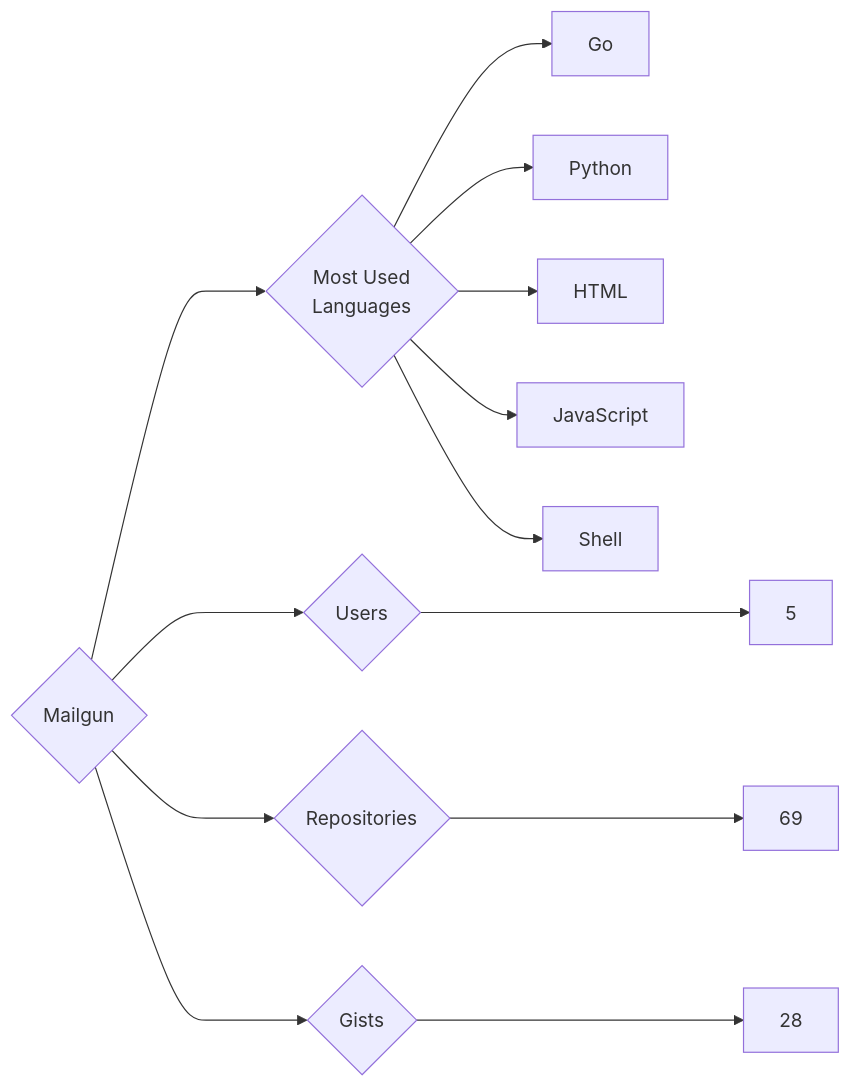
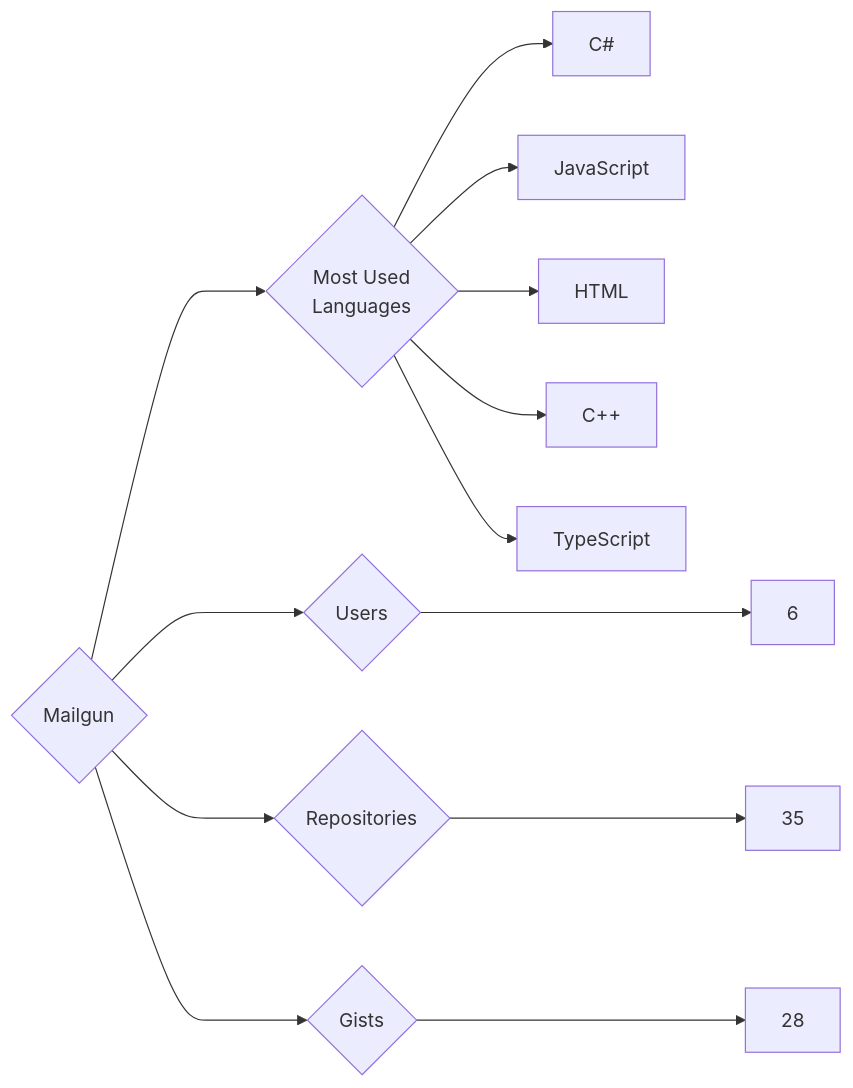
Before and after one commit to trickest/insiders: the diagram in targets/Mailgun/README.md, drawn with Mermaid. The commit also changed 916 other files, not shown here.

````diff
--- a/targets/Mailgun/README.md
+++ b/targets/Mailgun/README.md
@@ -3,13 +3,13 @@
 ```mermaid
 graph LR
 COMPANY_NAME{Mailgun}
-COMPANY_NAME ---> U{Users} ---> UN[5]
-COMPANY_NAME ---> R{Repositories} ---> RN[69]
+COMPANY_NAME ---> U{Users} ---> UN[6]
+COMPANY_NAME ---> R{Repositories} ---> RN[35]
 COMPANY_NAME ---> G{Gists} ---> GN[28]
 COMPANY_NAME ---> ML{Most Used<br>Languages}
-ML --> Go[Go]
-ML --> Python[Python]
+ML --> C#[C#]
+ML --> JavaScript[JavaScript]
 ML --> HTML[HTML]
-ML --> JavaScript[JavaScript]
-ML --> Shell[Shell]
+ML --> C++[C++]
+ML --> TypeScript[TypeScript]
 ```
````
